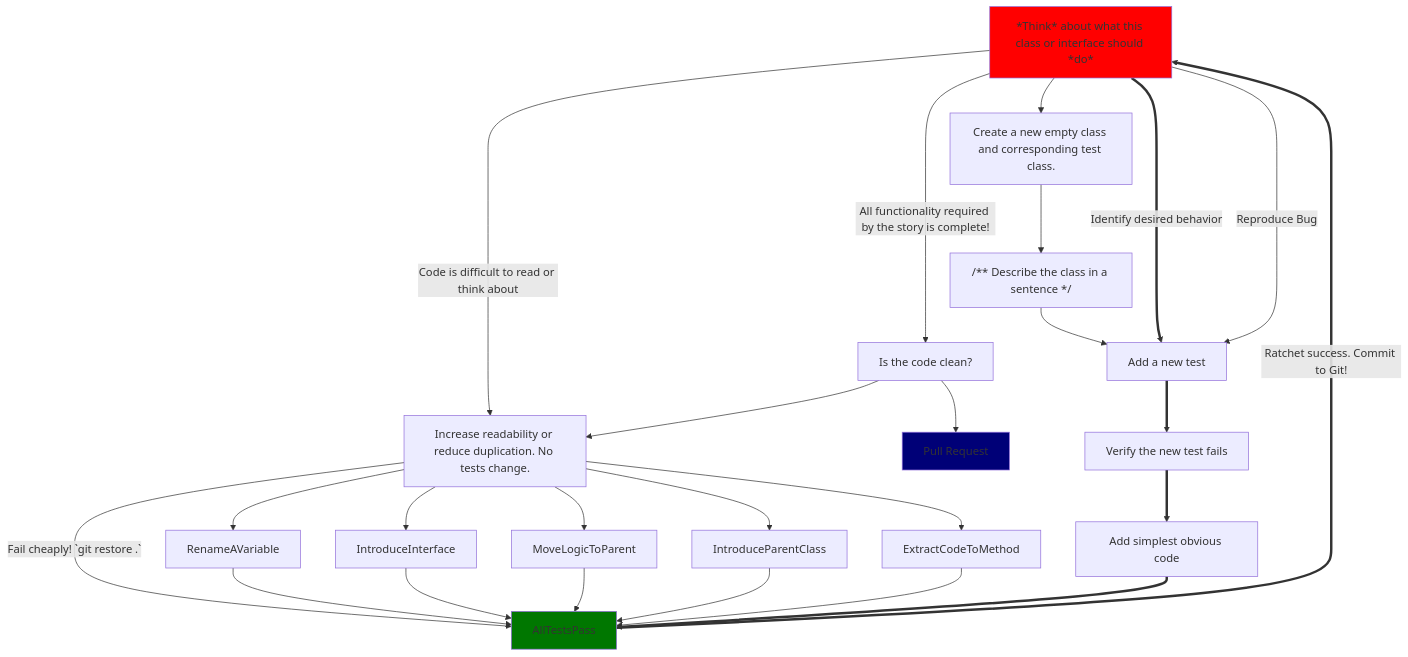
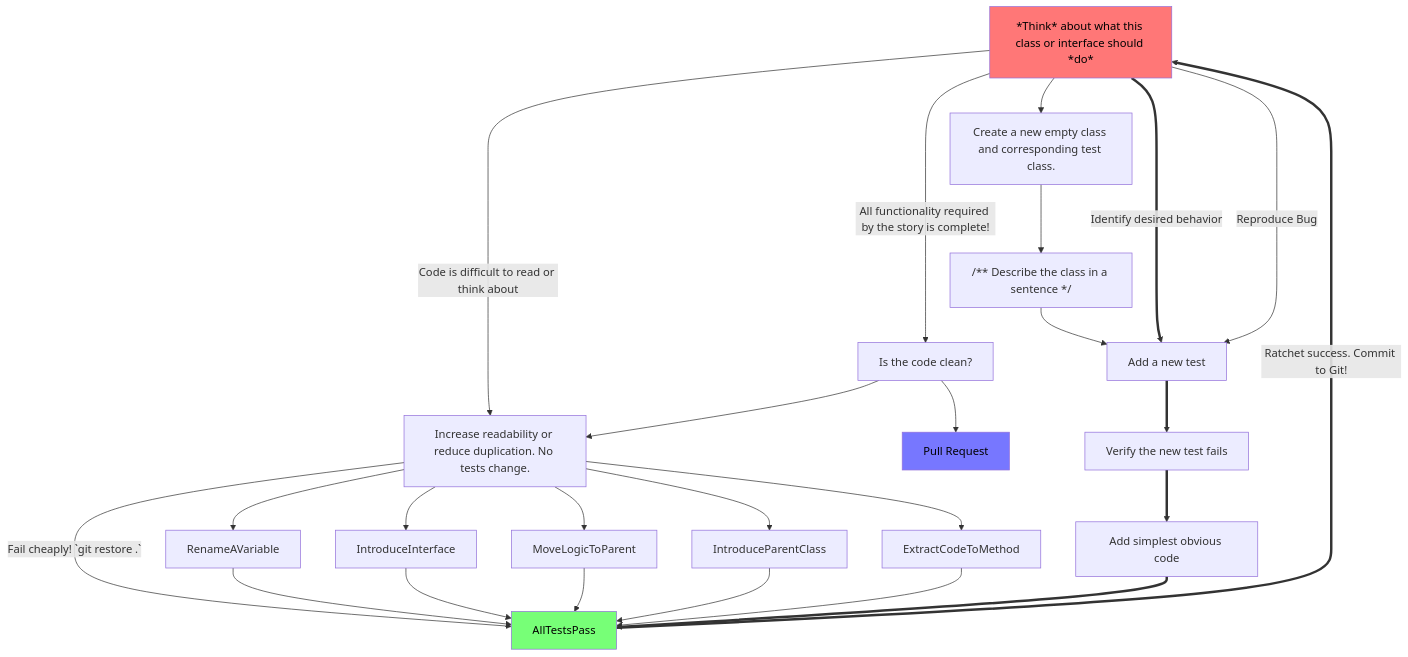
One commit to Billy-Spearman-WCCI/RaceCarExtension changed the third of 5 diagrams in README.md. Above: the diagram before and after it, drawn with Mermaid.

````diff
--- a/README.md
+++ b/README.md
@@ -909,33 +909,33 @@
 ```mermaid
 graph TB;
 Think-->|Code is difficult to read or think about|MakeImprovements["Increase readability or reduce duplication. No tests change."]
-classDef thinkStyle fill:#f00
-classDef pullRequestStyle fill:#007
-classDef allTestsPassStyle fill:#070
+classDef thinkStyle fill:#f77,color:#000
+classDef pullRequestStyle fill:#77F,color:#000
+classDef allTestsPassStyle fill:#7F7,color:#000
 class Think thinkStyle;
 Think-->CreateANewClass["Create a new empty class and corresponding test class."]
 CreateANewClass-->DescribeANewClass["/** Describe the class in a sentence */"]
 DescribeANewClass-->AddATestToAnExistingTestClass
 Think==>|Identify desired behavior|AddATestToAnExistingTestClass["Add a new test"]
 Think-->|Reproduce Bug|AddATestToAnExistingTestClass
 Think-->|"All functionality required by the story is complete!"|CodeDone["Is the code clean?"]
 CodeDone-->PullRequest["Pull Request"]
 class PullRequest pullRequestStyle;
 CodeDone-->MakeImprovements
 AddATestToAnExistingTestClass==>NewTestFails["Verify the new test fails"]
 AllTestsPass==>|"Ratchet success. Commit to Git!"|Think["*Think* about what this class or interface should *do*"]
 class AllTestsPass allTestsPassStyle;
 MakeImprovements-->|"Fail cheaply! `git restore .`"|AllTestsPass
 MakeImprovements-->RenameAVariable
 RenameAVariable-->AllTestsPass
 MakeImprovements-->IntroduceInterface
 IntroduceInterface-->AllTestsPass
 MakeImprovements-->MoveLogicToParent
 MoveLogicToParent-->AllTestsPass
 MakeImprovements-->IntroduceParentClass
 IntroduceParentClass-->AllTestsPass
 MakeImprovements-->ExtractCodeToMethod
 ExtractCodeToMethod-->AllTestsPass
 NewTestFails==>WriteCode["Add simplest obvious code"]
 WriteCode==>AllTestsPass
 ```
````
